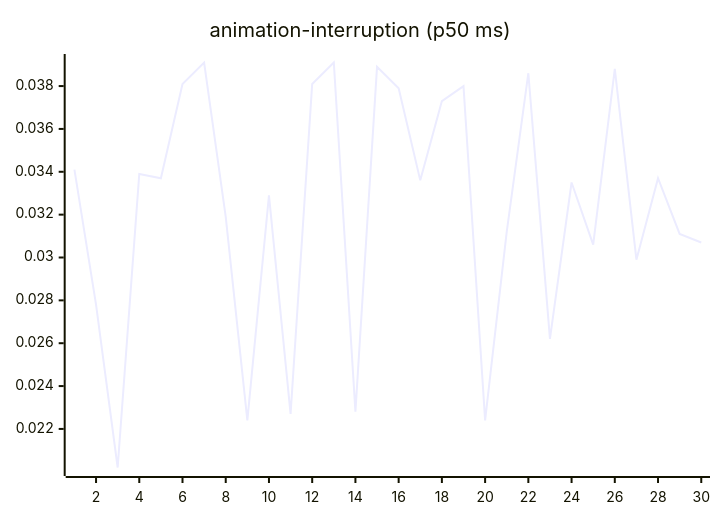
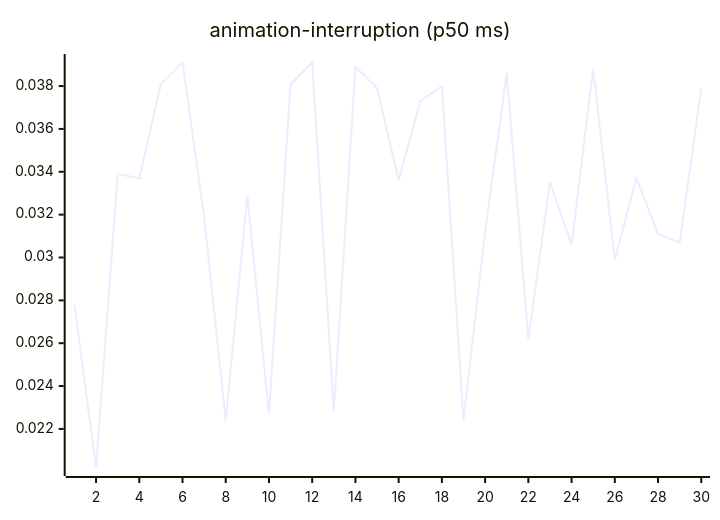
Before and after one commit to josha/Facet: the third of 27 diagrams in README.md, drawn with Mermaid. The commit also changed other lines of this file and 2 other files, not shown here.

````diff
--- a/README.md
+++ b/README.md
@@ -77,6 +77,6 @@
 ```mermaid
 xychart-beta
     title "animation-interruption (p50 ms)"
     x-axis 1 --> 30
-    line [0.0341, 0.0278, 0.0202, 0.0339, 0.0337, 0.0381, 0.0391, 0.0319, 0.0224, 0.0329, 0.0227, 0.0381, 0.0391, 0.0228, 0.0389, 0.0379, 0.0336, 0.0373, 0.0380, 0.0224, 0.0312, 0.0386, 0.0262, 0.0335, 0.0306, 0.0388, 0.0299, 0.0337, 0.0311, 0.0307]
+    line [0.0278, 0.0202, 0.0339, 0.0337, 0.0381, 0.0391, 0.0319, 0.0224, 0.0329, 0.0227, 0.0381, 0.0391, 0.0228, 0.0389, 0.0379, 0.0336, 0.0373, 0.0380, 0.0224, 0.0312, 0.0386, 0.0262, 0.0335, 0.0306, 0.0388, 0.0299, 0.0337, 0.0311, 0.0307, 0.0379]
 ```
````
